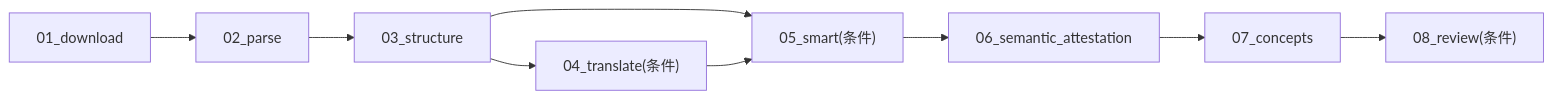
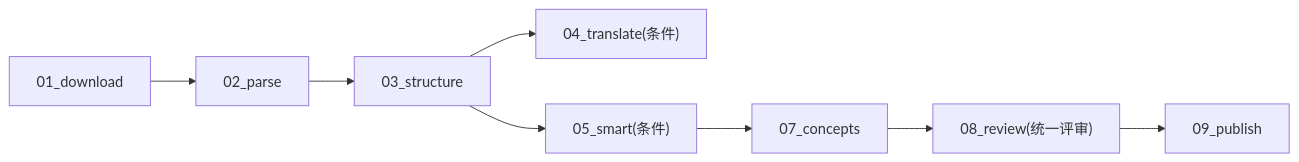
Before and after one commit to Gwzlchn/Flori: the sixth of 8 diagrams in docs/01-architecture.md, drawn with Mermaid. The commit also changed other lines of this file and 76 other files, not shown here.

````diff
--- a/docs/01-architecture.md
+++ b/docs/01-architecture.md
@@ -208,8 +208,7 @@
 ```mermaid
 graph LR
     dl_d["01_download"] --> parse_d["02_parse"] --> structure_d["03_structure"]
     structure_d --> translate_d["04_translate(条件)"]
     structure_d --> smart_d["05_smart(条件)"]
-    translate_d --> smart_d
-    smart_d --> attest_d["06_semantic_attestation"] --> concepts_d["07_concepts"] --> review_d["08_review(条件)"]
+    smart_d --> concepts_d["07_concepts"] --> review_d["08_review(统一评审)"] --> publish_d["09_publish"]
 ```
````
